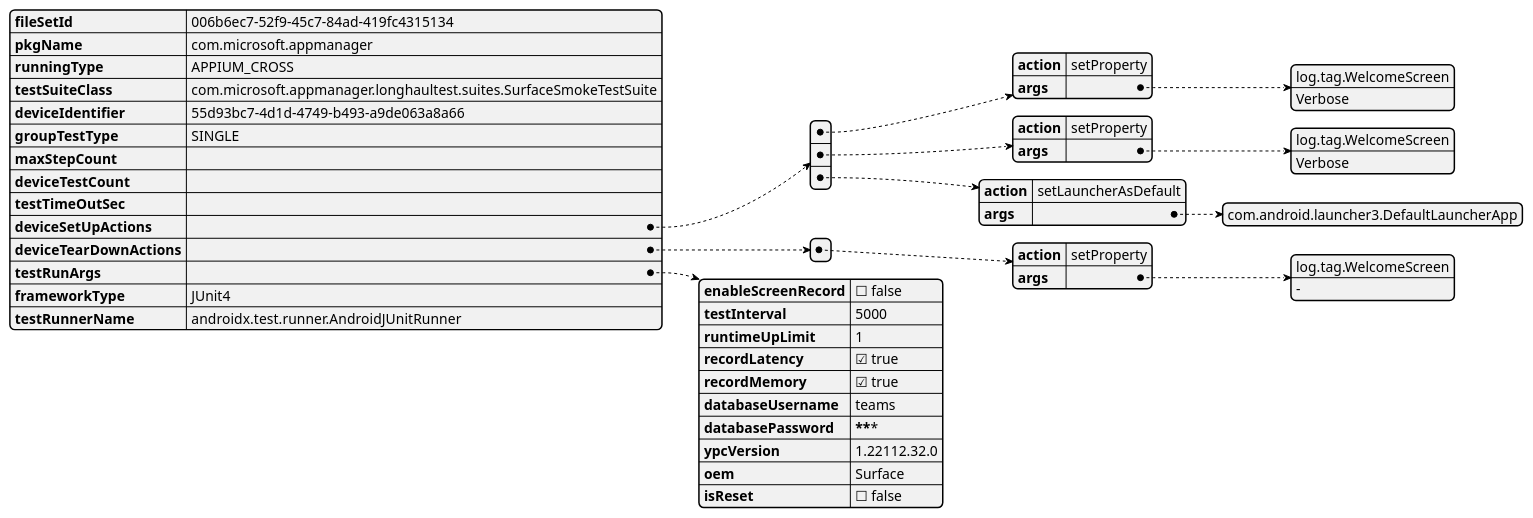
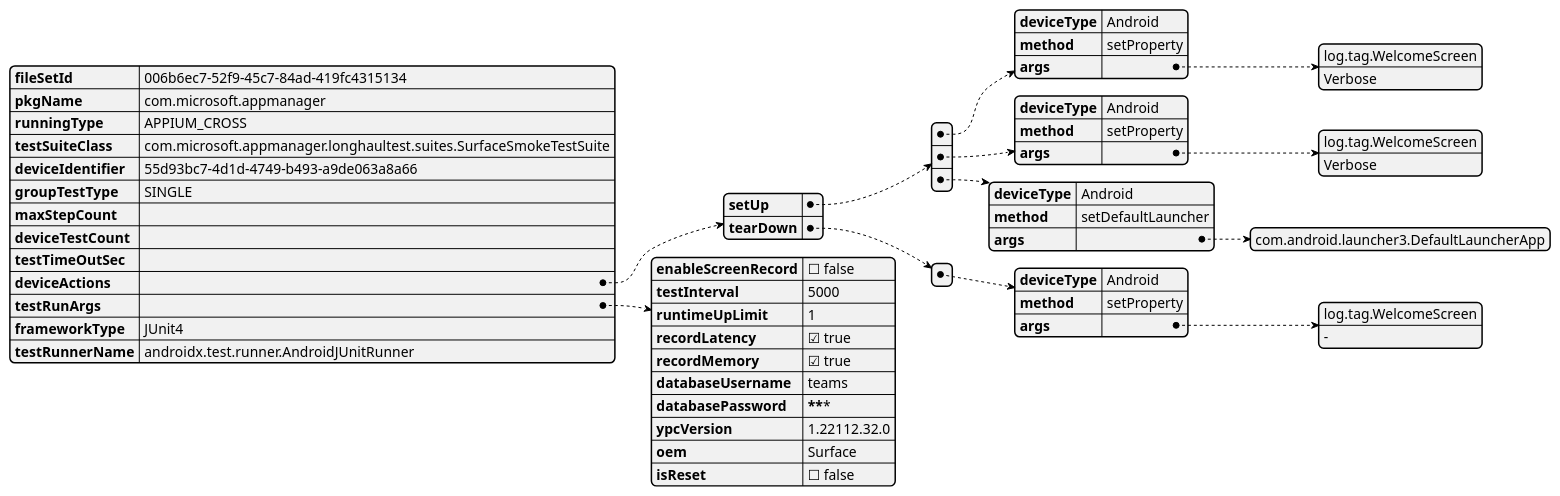
The third of 6 diagrams in agent/doc/UML/test_runner_design.puml (microsoft/HydraLab), drawn with PlantUML before and after one commit. The commit also changed 13 other files, not shown here.

First line of the commit message:
Support device setUp/tearDown operations (#185)

```diff
--- a/agent/doc/UML/test_runner_design.puml
+++ b/agent/doc/UML/test_runner_design.puml
@@ -67,45 +67,49 @@
 @startjson
 {
     "fileSetId": "006b6ec7-52f9-45c7-84ad-419fc4315134",
     "pkgName": "com.microsoft.appmanager",
     "runningType": "APPIUM_CROSS",
     "testSuiteClass": "com.microsoft.appmanager.longhaultest.suites.SurfaceSmokeTestSuite",
     "deviceIdentifier": "55d93bc7-4d1d-4749-b493-a9de063a8a66",
     "groupTestType": "SINGLE",
     "maxStepCount": "",
     "deviceTestCount": "",
     "testTimeOutSec": "",
-    "deviceSetUpActions":[{
-            "action":"setProperty",
+    "deviceActions":{
+        "setUp":[{
+            "deviceType":"Android",
+            "method":"setProperty",
             "args": ["log.tag.WelcomeScreen","Verbose"]
         },
         {
-            "action":"setProperty",
+            "deviceType":"Android",
+            "method":"setProperty",
             "args": ["log.tag.WelcomeScreen","Verbose"]
         },
         {
-            "action":"setLauncherAsDefault",
+            "deviceType":"Android",
+            "method":"setDefaultLauncher",
             "args": ["com.android.launcher3.DefaultLauncherApp"]
-        }
-    ],
-    "deviceTearDownActions":[{
-            "action":"setProperty",
+        }],
+        "tearDown":[{
+            "deviceType":"Android",
+            "method":"setProperty",
             "args": ["log.tag.WelcomeScreen","-"]
-        }
-    ],
+        }]
+     },
     "testRunArgs": {
         "enableScreenRecord": false,
         "testInterval": 5000,
         "runtimeUpLimit": 1,
         "recordLatency": true,
         "recordMemory": true,
         "databaseUsername": "teams",
         "databasePassword": "***********",
         "ypcVersion": "1.22112.32.0",
         "oem": "Surface",
         "isReset": false
     },
     "frameworkType": "JUnit4",
     "testRunnerName": "androidx.test.runner.AndroidJUnitRunner"
 }
 @endjson
```
